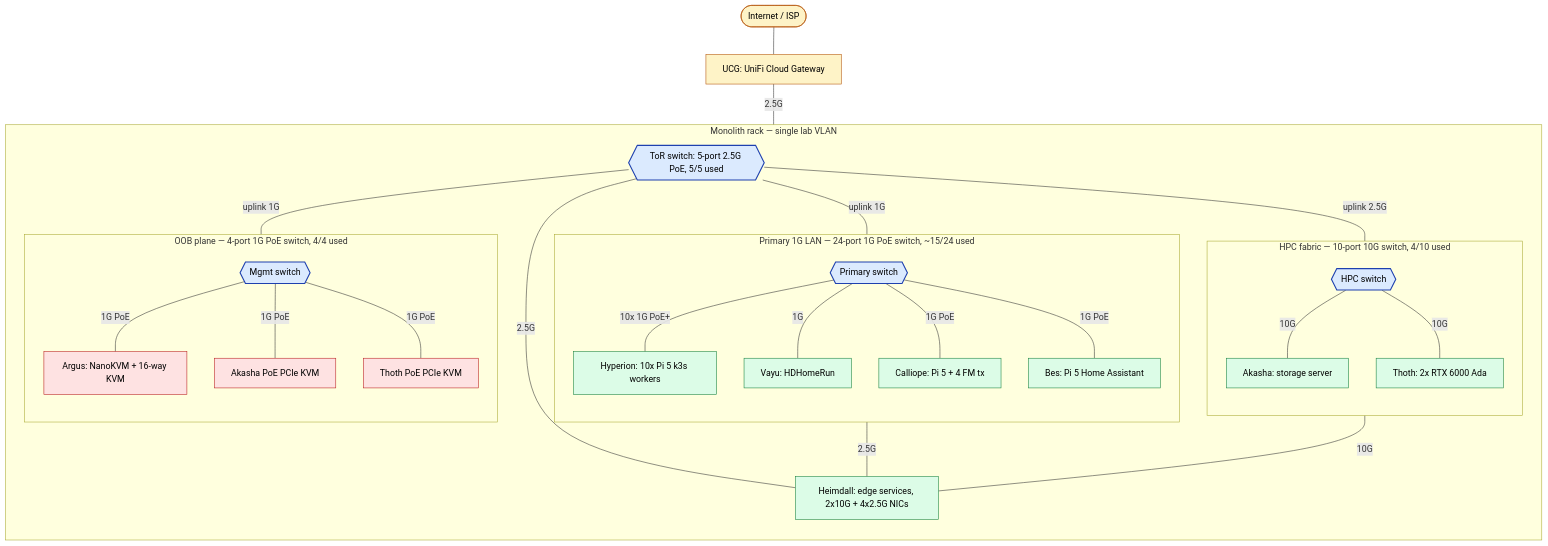
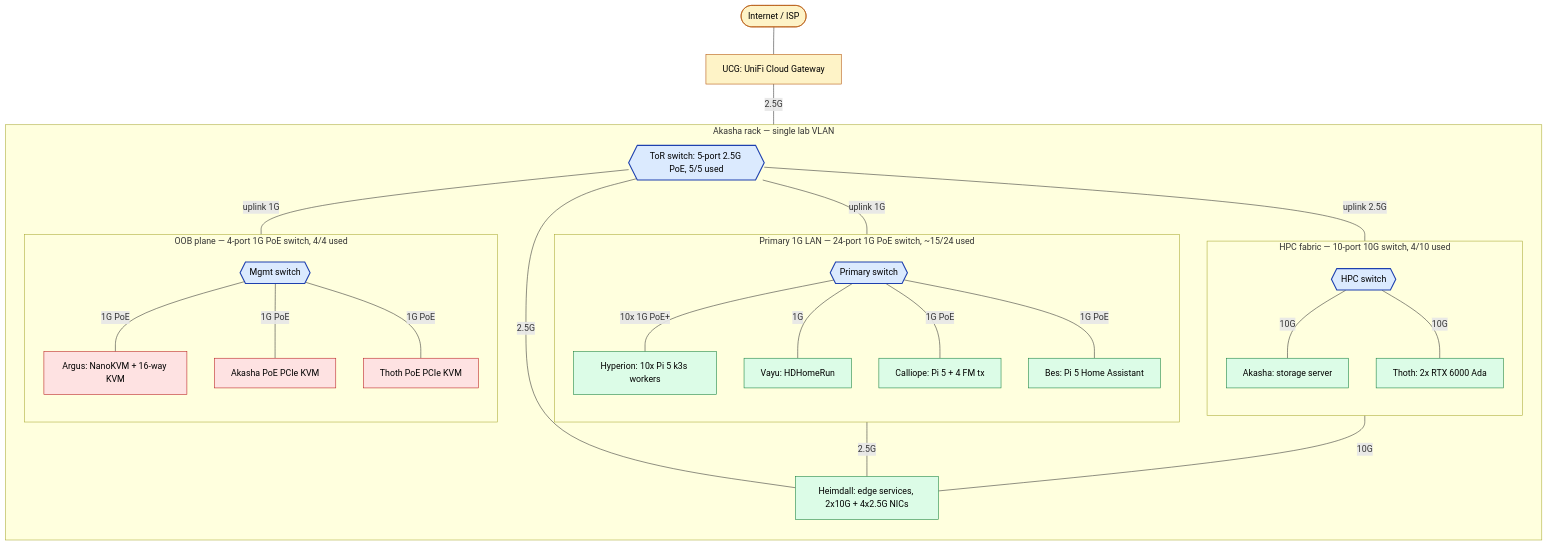
The first of 2 diagrams in docs/design/homelab-redesign.md (StevenGann/Homelab), drawn with Mermaid before and after one commit. The commit also changed other lines of this file and 33 other files, not shown here.

First line of the commit message:
chore: rename Monolith → Akasha; discard retired Akasha k3s control plane

````diff
--- a/docs/design/homelab-redesign.md
+++ b/docs/design/homelab-redesign.md
@@ -220,65 +220,65 @@
 ```mermaid
 flowchart TB
     Internet([Internet / ISP])
     UCG[UCG: UniFi Cloud Gateway]
     Internet --- UCG
     UCG ---|2.5G| ToR
 
-    subgraph rack["Monolith rack — single lab VLAN"]
+    subgraph rack["Akasha rack — single lab VLAN"]
         direction TB
 
         ToR{{ToR switch: 5-port 2.5G PoE, 5/5 used}}
         Heimdall[Heimdall: edge services, 2x10G + 4x2.5G NICs]
 
         subgraph hpc_fabric["HPC fabric — 10-port 10G switch, 4/10 used"]
             direction TB
             HPC{{HPC switch}}
             Akasha[Akasha: storage server]
             Thoth[Thoth: 2x RTX 6000 Ada]
             HPC ---|10G| Akasha
             HPC ---|10G| Thoth
         end
 
         subgraph primary_lan["Primary 1G LAN — 24-port 1G PoE switch, ~15/24 used"]
             direction TB
             Primary{{Primary switch}}
             Hyperion[Hyperion: 10x Pi 5 k3s workers]
             Vayu[Vayu: HDHomeRun]
             Calliope[Calliope: Pi 5 + 4 FM tx]
             Bes[Bes: Pi 5 Home Assistant]
             Primary ---|10x 1G PoE+| Hyperion
             Primary ---|1G| Vayu
             Primary ---|1G PoE| Calliope
             Primary ---|1G PoE| Bes
         end
 
         subgraph oob_plane["OOB plane — 4-port 1G PoE switch, 4/4 used"]
             direction TB
             Mgmt{{Mgmt switch}}
             Argus[Argus: NanoKVM + 16-way KVM]
             AK_KVM[Akasha PoE PCIe KVM]
             TH_KVM[Thoth PoE PCIe KVM]
             Mgmt ---|1G PoE| Argus
             Mgmt ---|1G PoE| AK_KVM
             Mgmt ---|1G PoE| TH_KVM
         end
 
         ToR ---|uplink 2.5G| HPC
         ToR ---|uplink 1G| Primary
         ToR ---|uplink 1G| Mgmt
 
         ToR ---|2.5G| Heimdall
         HPC ---|10G| Heimdall
         Primary ---|2.5G| Heimdall
     end
 
     classDef wan  fill:#fef3c7,stroke:#b45309,color:#000
     classDef sw   fill:#dbeafe,stroke:#1e40af,stroke-width:2px,color:#000
     classDef host fill:#dcfce7,stroke:#15803d,color:#000
     classDef oob  fill:#fee2e2,stroke:#b91c1c,color:#000
 
     class Internet,UCG wan
     class ToR,Primary,HPC,Mgmt sw
     class Heimdall,Akasha,Thoth,Hyperion,Vayu,Calliope,Bes host
     class Argus,AK_KVM,TH_KVM oob
 ```
````
